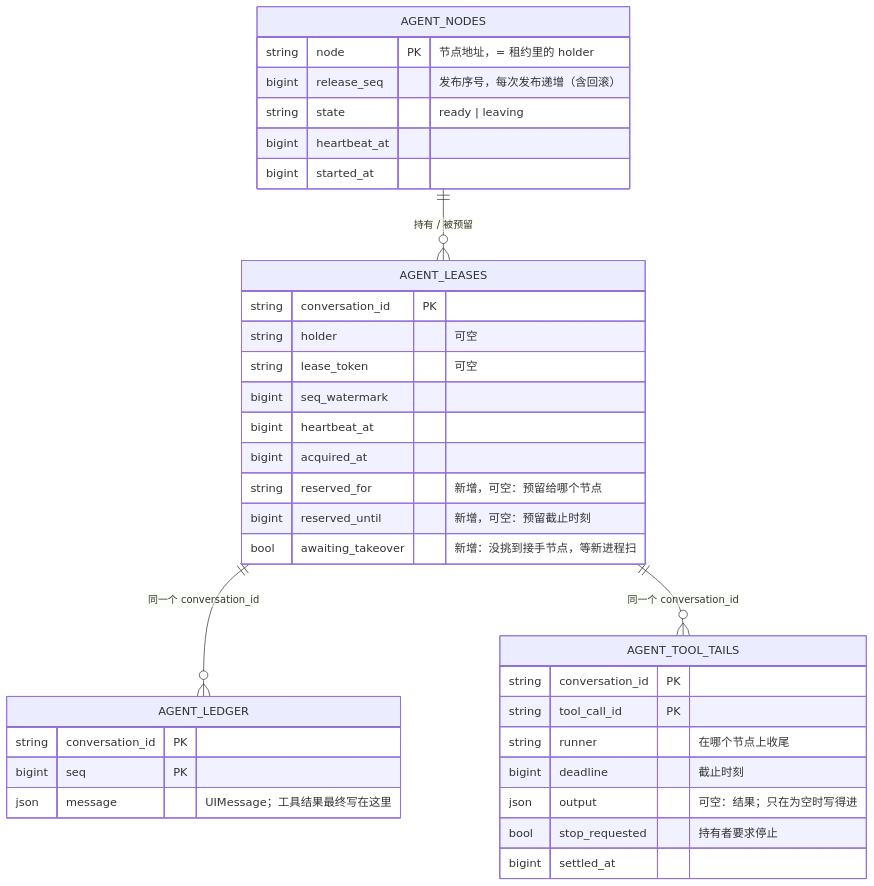
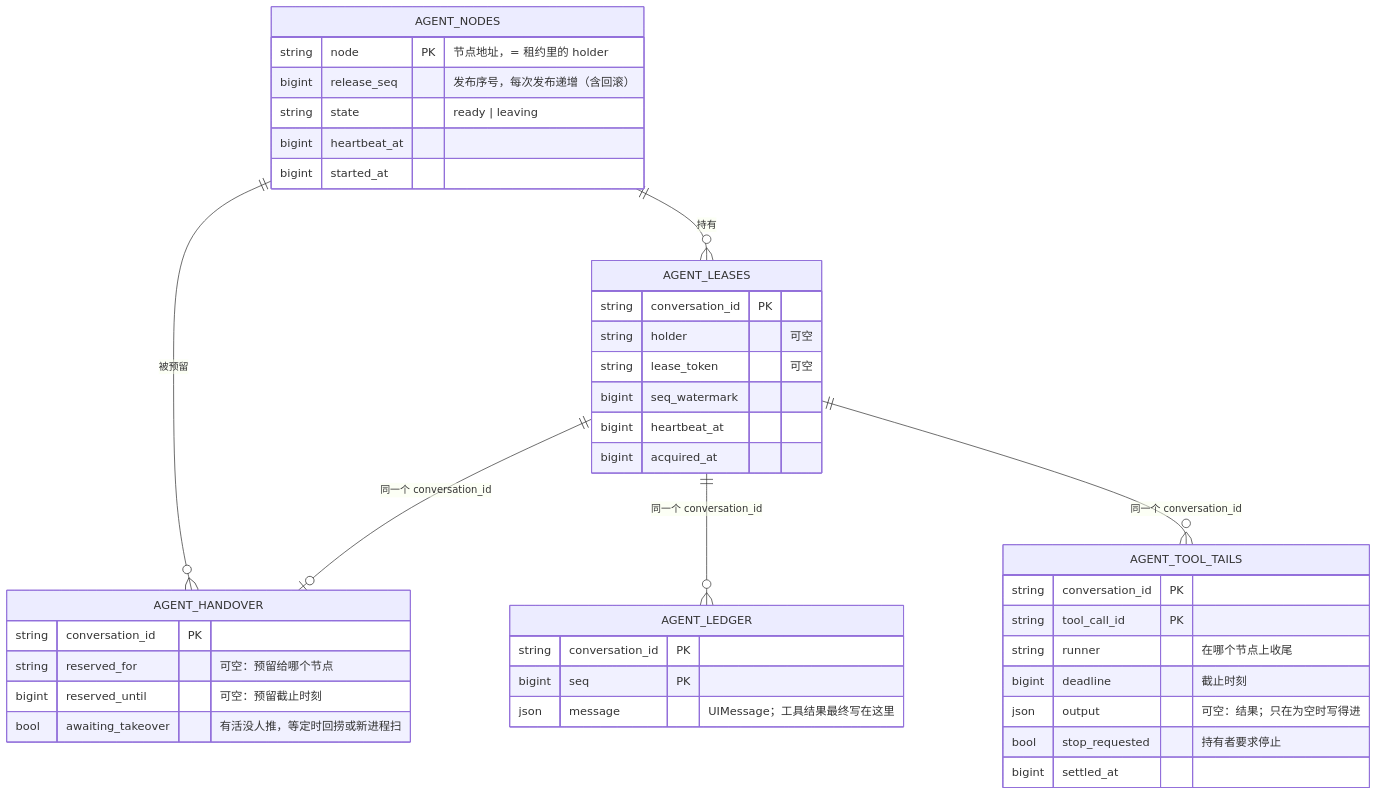
The third of 6 diagrams in docs/logic/orchestration/tech/handover.md (ludafa/runko), drawn with Mermaid before and after one commit. The commit also changed other lines of this file and 14 other files, not shown here.

````diff
--- a/docs/logic/orchestration/tech/handover.md
+++ b/docs/logic/orchestration/tech/handover.md
@@ -321,39 +367,44 @@
 ```mermaid
 erDiagram
-    AGENT_NODES ||--o{ AGENT_LEASES : "持有 / 被预留"
+    AGENT_NODES ||--o{ AGENT_LEASES : "持有"
+    AGENT_NODES ||--o{ AGENT_HANDOVER : "被预留"
+    AGENT_LEASES ||--o| AGENT_HANDOVER : "同一个 conversation_id"
     AGENT_LEASES ||--o{ AGENT_LEDGER : "同一个 conversation_id"
     AGENT_LEASES ||--o{ AGENT_TOOL_TAILS : "同一个 conversation_id"
 
     AGENT_NODES {
         string node PK "节点地址，= 租约里的 holder"
         bigint release_seq "发布序号，每次发布递增（含回滚）"
         string state "ready | leaving"
         bigint heartbeat_at
         bigint started_at
     }
     AGENT_LEASES {
         string conversation_id PK
         string holder "可空"
         string lease_token "可空"
         bigint seq_watermark
         bigint heartbeat_at
         bigint acquired_at
-        string reserved_for "新增，可空：预留给哪个节点"
-        bigint reserved_until "新增，可空：预留截止时刻"
-        bool awaiting_takeover "新增：没挑到接手节点，等新进程扫"
+    }
+    AGENT_HANDOVER {
+        string conversation_id PK
+        string reserved_for "可空：预留给哪个节点"
+        bigint reserved_until "可空：预留截止时刻"
+        bool awaiting_takeover "有活没人推，等定时回捞或新进程扫"
     }
     AGENT_TOOL_TAILS {
         string conversation_id PK
         string tool_call_id PK
         string runner "在哪个节点上收尾"
         bigint deadline "截止时刻"
         json output "可空：结果；只在为空时写得进"
         bool stop_requested "持有者要求停止"
         bigint settled_at
     }
     AGENT_LEDGER {
         string conversation_id PK
         bigint seq PK
         json message "UIMessage；工具结果最终写在这里"
     }
 ```
````
